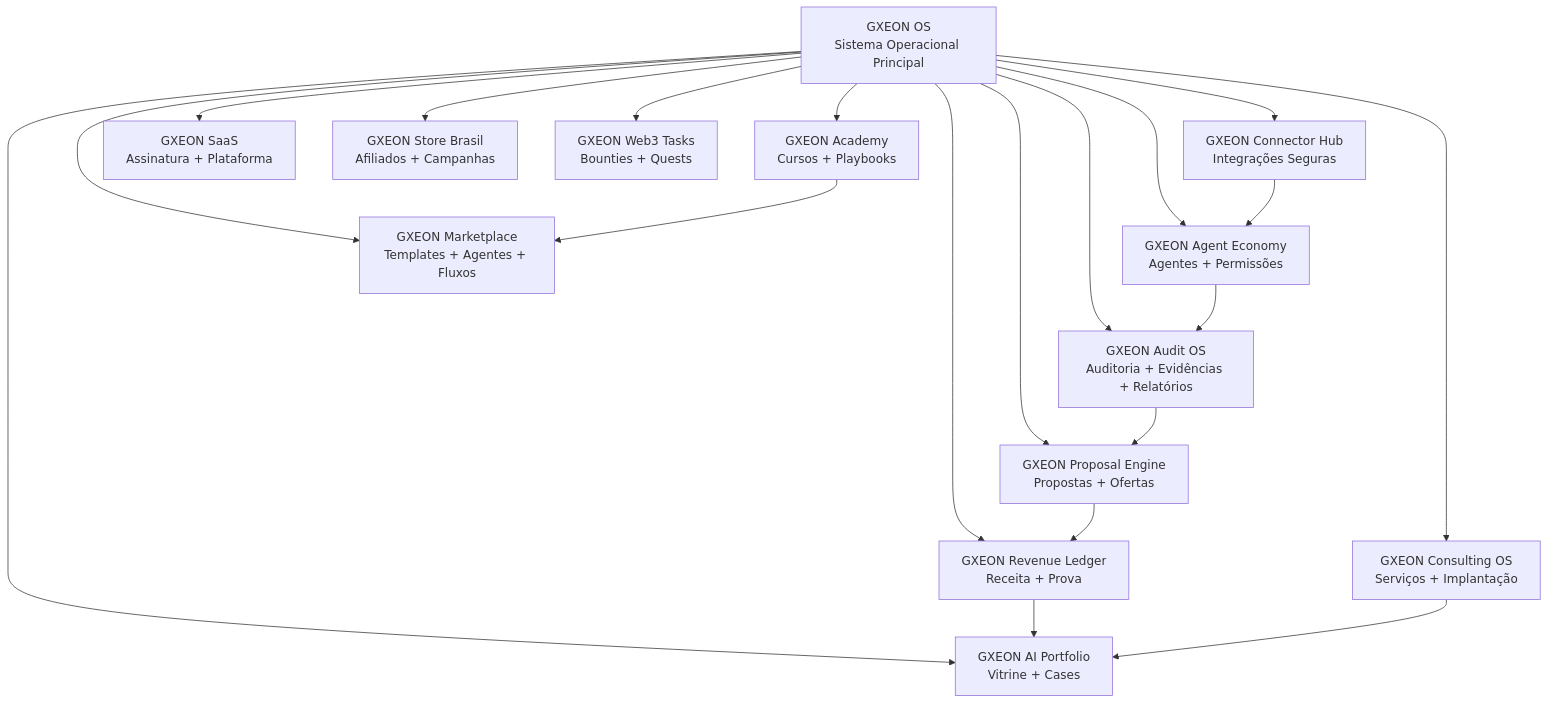
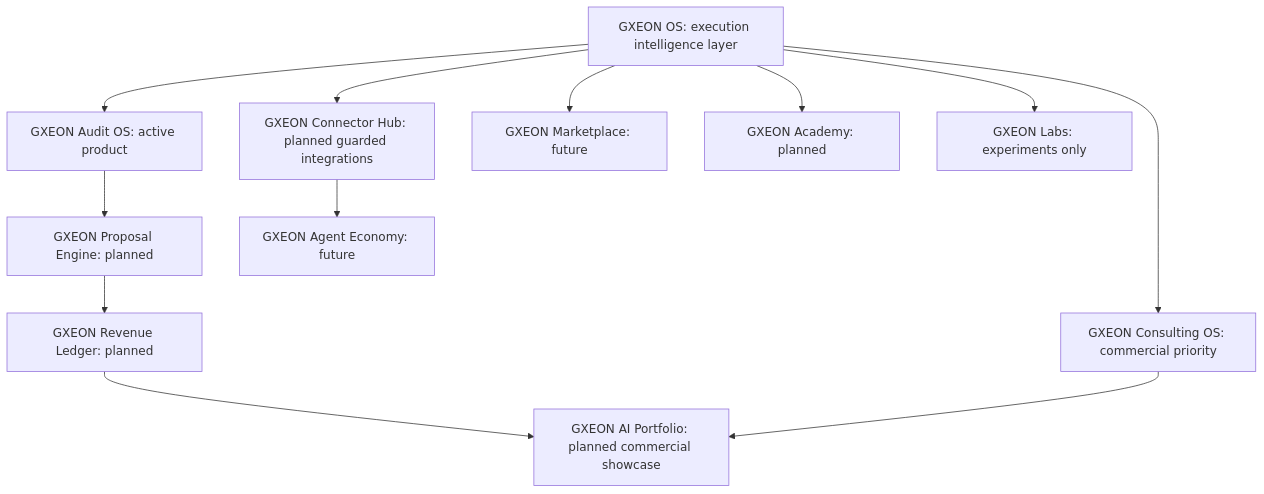
Before and after one commit to xpex-systems-ai/GXEON-AI: the first of 3 diagrams in README.md, drawn with Mermaid. The commit also changed other lines of this file and 19 other files, not shown here.

Commit message:
Add GXEON OS investor brand portfolio kit

````diff
--- a/README.md
+++ b/README.md
@@ -73,38 +53,21 @@
 ```mermaid
 flowchart TB
-    OS[GXEON OS<br/>Sistema Operacional Principal]
+    OS[GXEON OS: execution intelligence layer]
+    Audit[GXEON Audit OS: active product]
+    Proposal[GXEON Proposal Engine: planned]
+    Ledger[GXEON Revenue Ledger: planned]
+    Portfolio[GXEON AI Portfolio: planned commercial showcase]
+    Consulting[GXEON Consulting OS: commercial priority]
+    Agents[GXEON Agent Economy: future]
+    Hub[GXEON Connector Hub: planned guarded integrations]
+    Market[GXEON Marketplace: future]
+    Academy[GXEON Academy: planned]
+    Labs[GXEON Labs: experiments only]
 
-    Audit[GXEON Audit OS<br/>Auditoria + Evidências + Relatórios]
-    Proposal[GXEON Proposal Engine<br/>Propostas + Ofertas]
-    Ledger[GXEON Revenue Ledger<br/>Receita + Prova]
-    Agents[GXEON Agent Economy<br/>Agentes + Permissões]
-    Hub[GXEON Connector Hub<br/>Integrações Seguras]
-    Market[GXEON Marketplace<br/>Templates + Agentes + Fluxos]
-    Academy[GXEON Academy<br/>Cursos + Playbooks]
-    SaaS[GXEON SaaS<br/>Assinatura + Plataforma]
-    Consulting[GXEON Consulting OS<br/>Serviços + Implantação]
-    Portfolio[GXEON AI Portfolio<br/>Vitrine + Cases]
-    Store[GXEON Store Brasil<br/>Afiliados + Campanhas]
-    Web3[GXEON Web3 Tasks<br/>Bounties + Quests]
-
-    OS --> Audit
-    OS --> Proposal
-    OS --> Ledger
-    OS --> Agents
-    OS --> Hub
+    OS --> Audit --> Proposal --> Ledger --> Portfolio
+    OS --> Consulting --> Portfolio
+    OS --> Hub --> Agents
     OS --> Market
     OS --> Academy
-    OS --> SaaS
-    OS --> Consulting
-    OS --> Portfolio
-    OS --> Store
-    OS --> Web3
-
-    Audit --> Proposal
-    Proposal --> Ledger
-    Ledger --> Portfolio
-    Hub --> Agents
-    Agents --> Audit
-    Consulting --> Portfolio
-    Academy --> Market
+    OS --> Labs
 ```
````
